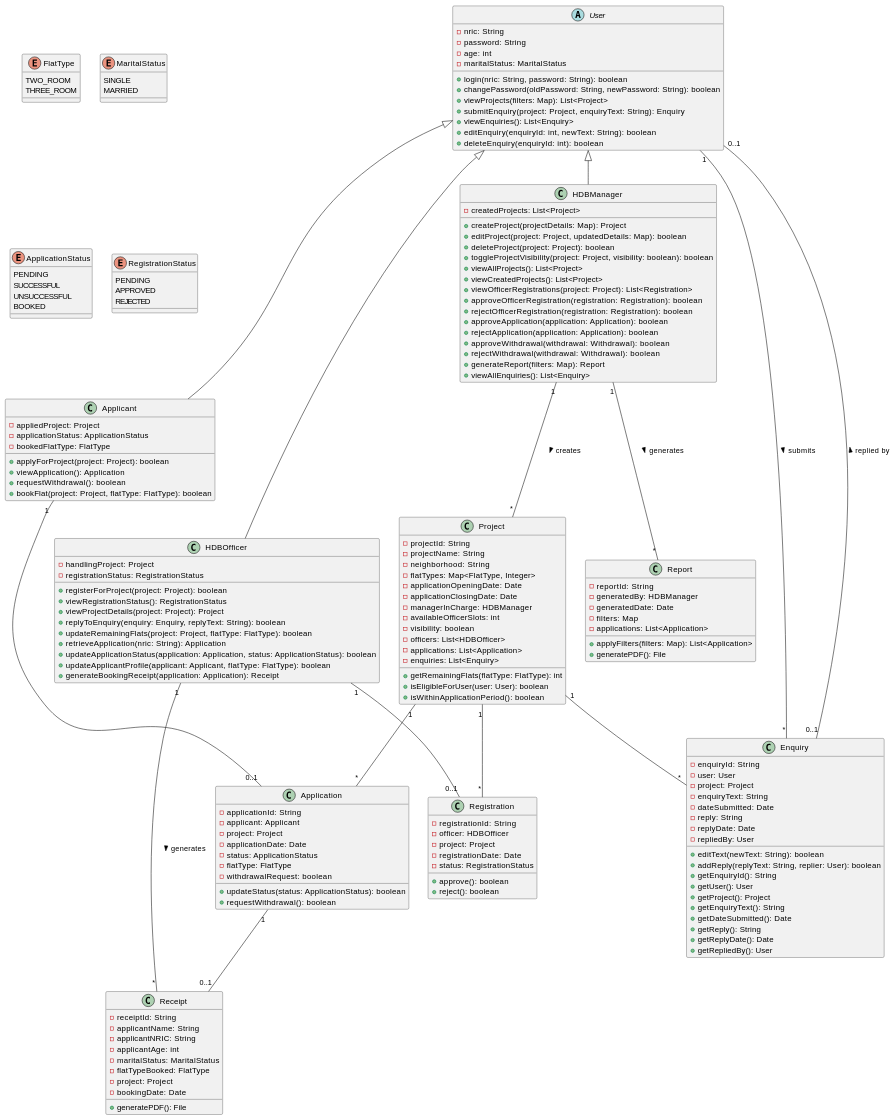
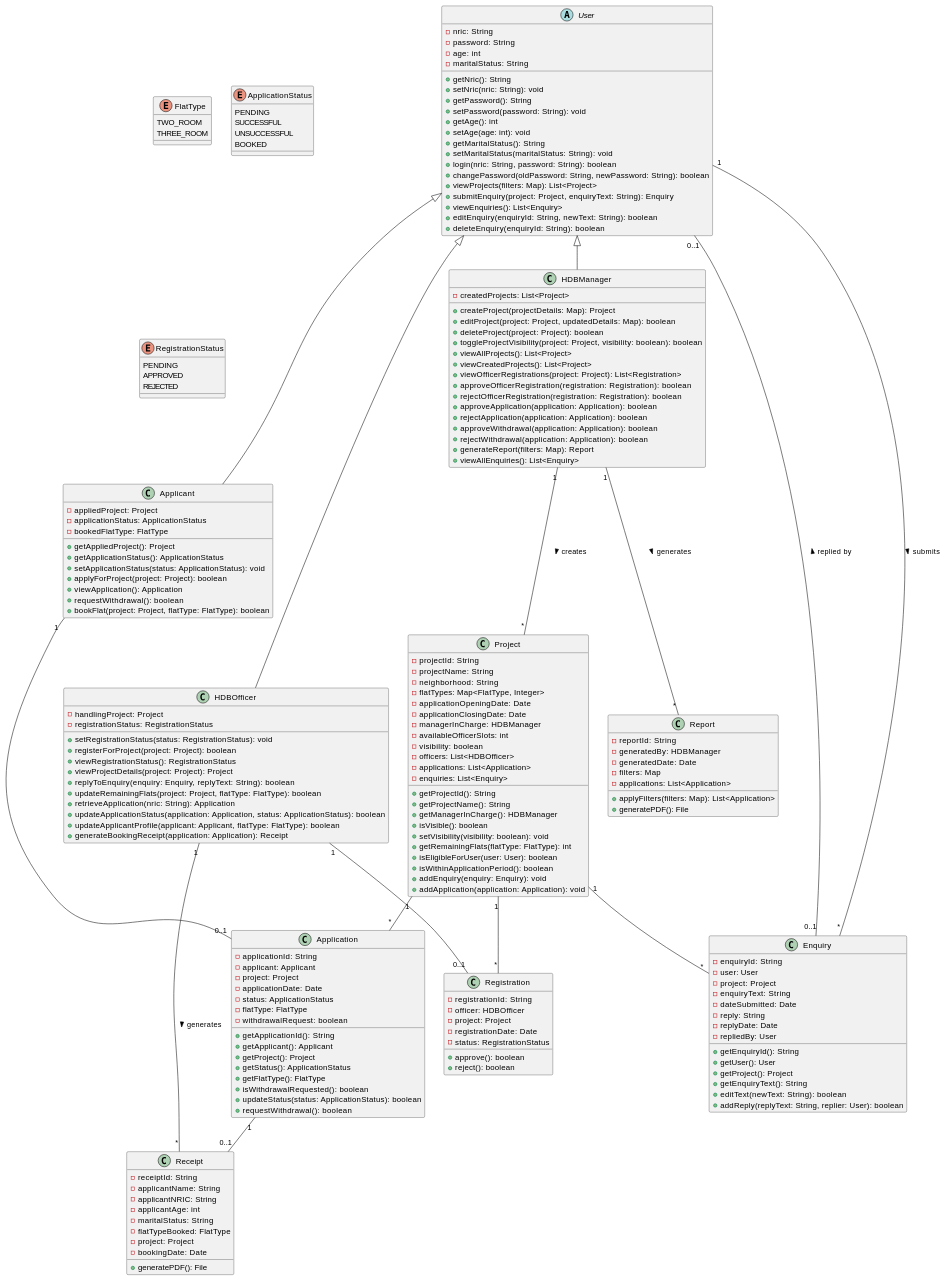
Before and after one commit to goheesheng/sc2002_HDB: the diagram in UML.md, drawn with PlantUML.

Commit message:
Setup Getter method for all classes

```diff
--- a/UML.md
+++ b/UML.md
@@ -5,14 +5,22 @@
   - nric: String
   - password: String
   - age: int
-  - maritalStatus: MaritalStatus
+  - maritalStatus: String
+  + getNric(): String
+  + setNric(nric: String): void
+  + getPassword(): String
+  + setPassword(password: String): void
+  + getAge(): int
+  + setAge(age: int): void
+  + getMaritalStatus(): String
+  + setMaritalStatus(maritalStatus: String): void
   + login(nric: String, password: String): boolean
   + changePassword(oldPassword: String, newPassword: String): boolean
   + viewProjects(filters: Map): List<Project>
   + submitEnquiry(project: Project, enquiryText: String): Enquiry
   + viewEnquiries(): List<Enquiry>
-  + editEnquiry(enquiryId: int, newText: String): boolean
-  + deleteEnquiry(enquiryId: int): boolean
+  + editEnquiry(enquiryId: String, newText: String): boolean
+  + deleteEnquiry(enquiryId: String): boolean
 }
 
 ' User types
@@ -20,6 +28,9 @@
   - appliedProject: Project
   - applicationStatus: ApplicationStatus
   - bookedFlatType: FlatType
+  + getAppliedProject(): Project
+  + getApplicationStatus(): ApplicationStatus
+  + setApplicationStatus(status: ApplicationStatus): void
   + applyForProject(project: Project): boolean
   + viewApplication(): Application
   + requestWithdrawal(): boolean
@@ -29,6 +40,7 @@
 class HDBOfficer {
   - handlingProject: Project
   - registrationStatus: RegistrationStatus
+  + setRegistrationStatus(status: RegistrationStatus): void
   + registerForProject(project: Project): boolean
   + viewRegistrationStatus(): RegistrationStatus
   + viewProjectDetails(project: Project): Project
@@ -53,8 +65,8 @@
   + rejectOfficerRegistration(registration: Registration): boolean
   + approveApplication(application: Application): boolean
   + rejectApplication(application: Application): boolean
-  + approveWithdrawal(withdrawal: Withdrawal): boolean
-  + rejectWithdrawal(withdrawal: Withdrawal): boolean
+  + approveWithdrawal(application: Application): boolean
+  + rejectWithdrawal(application: Application): boolean
   + generateReport(filters: Map): Report
   + viewAllEnquiries(): List<Enquiry>
 }
@@ -73,9 +85,16 @@
   - officers: List<HDBOfficer>
   - applications: List<Application>
   - enquiries: List<Enquiry>
+  + getProjectId(): String
+  + getProjectName(): String
+  + getManagerInCharge(): HDBManager
+  + isVisible(): boolean
+  + setVisibility(visibility: boolean): void
   + getRemainingFlats(flatType: FlatType): int
   + isEligibleForUser(user: User): boolean
   + isWithinApplicationPeriod(): boolean
+  + addEnquiry(enquiry: Enquiry): void
+  + addApplication(application: Application): void
 }
 
 class Application {
@@ -86,6 +105,12 @@
   - status: ApplicationStatus
   - flatType: FlatType
   - withdrawalRequest: boolean
+  + getApplicationId(): String
+  + getApplicant(): Applicant
+  + getProject(): Project
+  + getStatus(): ApplicationStatus
+  + getFlatType(): FlatType
+  + isWithdrawalRequested(): boolean
   + updateStatus(status: ApplicationStatus): boolean
   + requestWithdrawal(): boolean
 }
@@ -99,16 +124,12 @@
   - reply: String
   - replyDate: Date
   - repliedBy: User
-  + editText(newText: String): boolean
-  + addReply(replyText: String, replier: User): boolean
   + getEnquiryId(): String
   + getUser(): User
   + getProject(): Project
   + getEnquiryText(): String
-  + getDateSubmitted(): Date
-  + getReply(): String
-  + getReplyDate(): Date
-  + getRepliedBy(): User
+  + editText(newText: String): boolean
+  + addReply(replyText: String, replier: User): boolean
 }
 
 class Receipt {
@@ -116,7 +137,7 @@
   - applicantName: String
   - applicantNRIC: String
   - applicantAge: int
-  - maritalStatus: MaritalStatus
+  - maritalStatus: String
   - flatTypeBooked: FlatType
   - project: Project
   - bookingDate: Date
@@ -147,11 +168,6 @@
 enum FlatType {
   TWO_ROOM
   THREE_ROOM
-}
-
-enum MaritalStatus {
-  SINGLE
-  MARRIED
 }
 
 enum ApplicationStatus {
```
